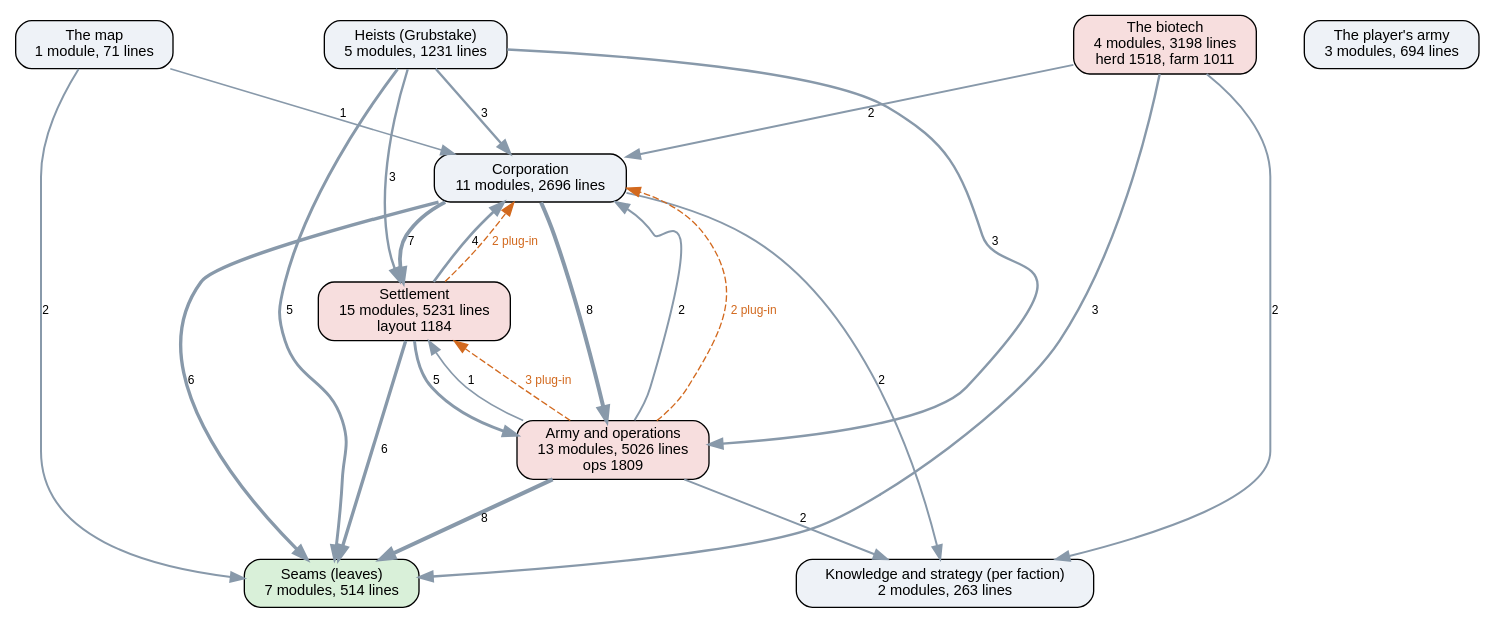
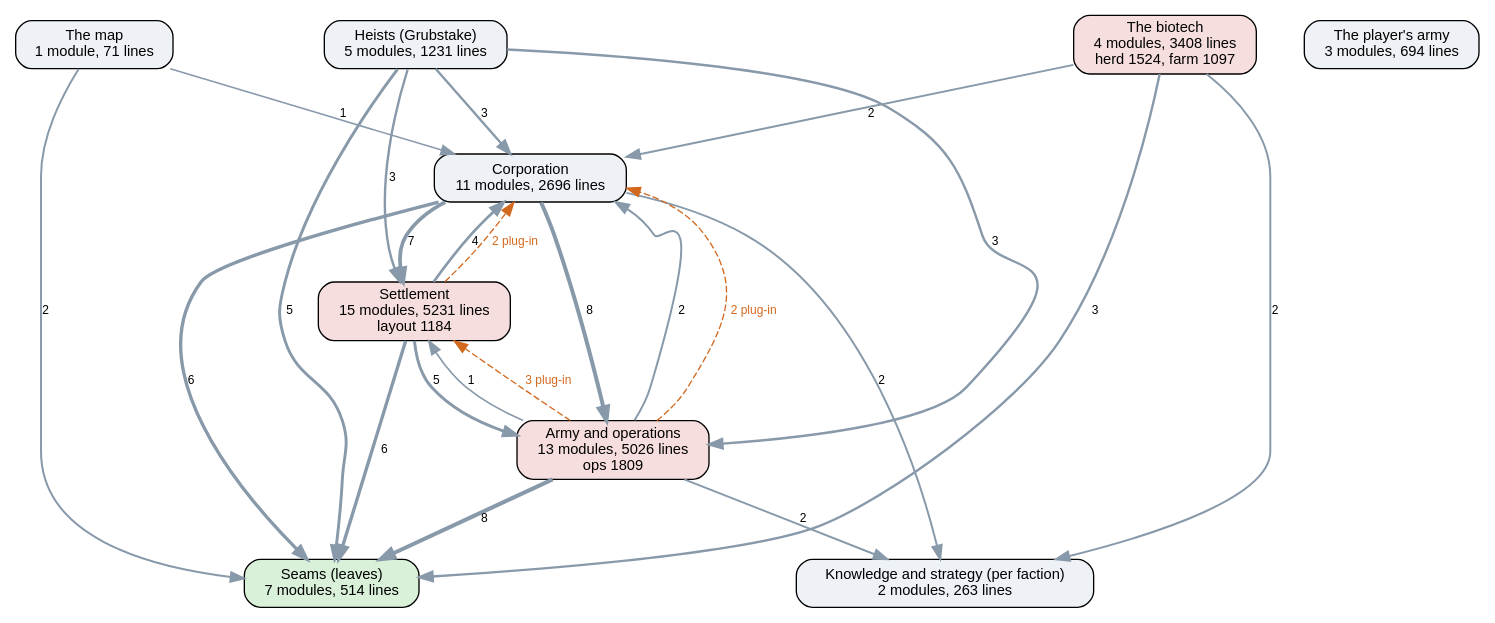
One commit to kinelhu/landing-party changed the diagram in docs/ai-layers.dot. Above: the diagram before and after it, drawn with Graphviz. The commit also changed 17 other files, not shown here.

```diff
--- a/docs/ai-layers.dot
+++ b/docs/ai-layers.dot
@@ -1,37 +1,37 @@
 digraph layers {
   graph [rankdir=TB, fontname="Helvetica", nodesep=0.5, ranksep=0.7];
   node [shape=box, style="rounded,filled", fontname="Helvetica", fontsize=11, fillcolor="#eef2f7"];
   edge [color="#8899aa", fontname="Helvetica", fontsize=9];
   "Seams (leaves)" [label="Seams (leaves)\n7 modules, 514 lines", fillcolor="#d9f0d9"];
   "Knowledge and strategy (per faction)" [label="Knowledge and strategy (per faction)\n2 modules, 263 lines", fillcolor="#eef2f7"];
   "Corporation" [label="Corporation\n11 modules, 2696 lines", fillcolor="#eef2f7"];
   "Settlement" [label="Settlement\n15 modules, 5231 lines\nlayout 1184", fillcolor="#f7dede"];
   "Army and operations" [label="Army and operations\n13 modules, 5026 lines\nops 1809", fillcolor="#f7dede"];
   "Heists (Grubstake)" [label="Heists (Grubstake)\n5 modules, 1231 lines", fillcolor="#eef2f7"];
-  "The biotech" [label="The biotech\n4 modules, 3198 lines\nherd 1518, farm 1011", fillcolor="#f7dede"];
+  "The biotech" [label="The biotech\n4 modules, 3408 lines\nherd 1524, farm 1097", fillcolor="#f7dede"];
   "The map" [label="The map\n1 module, 71 lines", fillcolor="#eef2f7"];
   "The player's army" [label="The player's army\n3 modules, 694 lines", fillcolor="#eef2f7"];
   "Army and operations" -> "Corporation" [label="2", penwidth=1.5];
   "Army and operations" -> "Knowledge and strategy (per faction)" [label="2", penwidth=1.5];
   "Army and operations" -> "Seams (leaves)" [label="8", penwidth=3.0];
   "Army and operations" -> "Settlement" [label="1", penwidth=1.2];
   "Corporation" -> "Army and operations" [label="8", penwidth=3.0];
   "Corporation" -> "Knowledge and strategy (per faction)" [label="2", penwidth=1.5];
   "Corporation" -> "Seams (leaves)" [label="6", penwidth=2.5];
   "Corporation" -> "Settlement" [label="7", penwidth=2.8];
   "Heists (Grubstake)" -> "Army and operations" [label="3", penwidth=1.8];
   "Heists (Grubstake)" -> "Corporation" [label="3", penwidth=1.8];
   "Heists (Grubstake)" -> "Seams (leaves)" [label="5", penwidth=2.2];
   "Heists (Grubstake)" -> "Settlement" [label="3", penwidth=1.8];
   "Settlement" -> "Army and operations" [label="5", penwidth=2.2];
   "Settlement" -> "Corporation" [label="4", penwidth=2.0];
   "Settlement" -> "Seams (leaves)" [label="6", penwidth=2.5];
   "The biotech" -> "Corporation" [label="2", penwidth=1.5];
   "The biotech" -> "Knowledge and strategy (per faction)" [label="2", penwidth=1.5];
   "The biotech" -> "Seams (leaves)" [label="3", penwidth=1.8];
   "The map" -> "Corporation" [label="1", penwidth=1.2];
   "The map" -> "Seams (leaves)" [label="2", penwidth=1.5];
   "Army and operations" -> "Corporation" [style=dashed, color="#d2691e", fontcolor="#d2691e", label="2 plug-in"];
   "Army and operations" -> "Settlement" [style=dashed, color="#d2691e", fontcolor="#d2691e", label="3 plug-in"];
   "Settlement" -> "Corporation" [style=dashed, color="#d2691e", fontcolor="#d2691e", label="2 plug-in"];
 }
```
